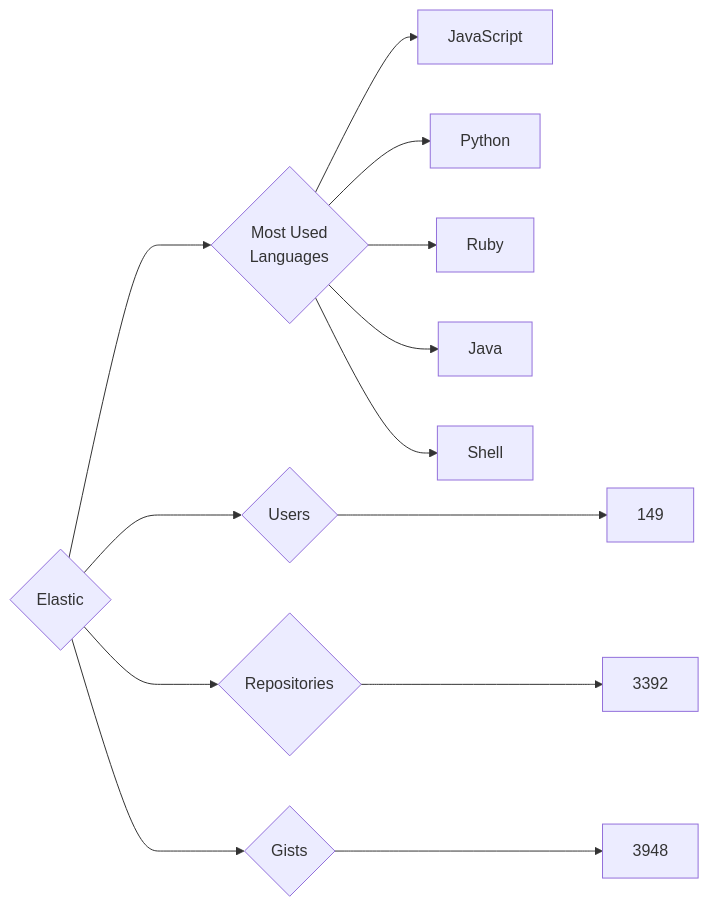
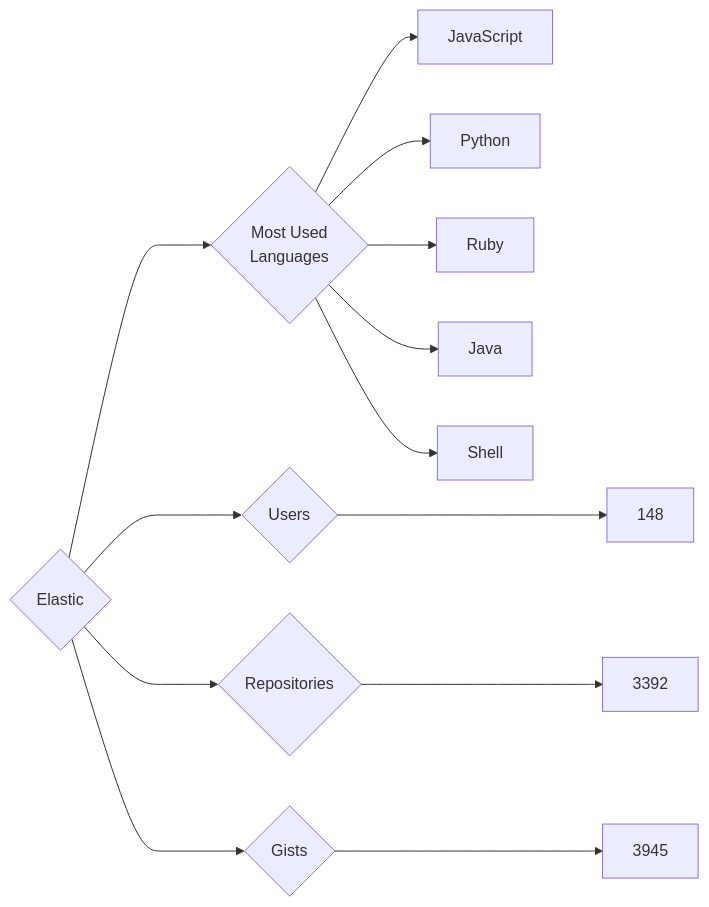
Before and after one commit to trickest/insiders: the diagram in targets/Elastic/README.md, drawn with Mermaid. The commit also changed 639 other files, not shown here.

````diff
--- a/targets/Elastic/README.md
+++ b/targets/Elastic/README.md
@@ -3,13 +3,13 @@
 ```mermaid
 graph LR
 COMPANY_NAME{Elastic}
-COMPANY_NAME ---> U{Users} ---> UN[149]
+COMPANY_NAME ---> U{Users} ---> UN[148]
 COMPANY_NAME ---> R{Repositories} ---> RN[3392]
-COMPANY_NAME ---> G{Gists} ---> GN[3948]
+COMPANY_NAME ---> G{Gists} ---> GN[3945]
 COMPANY_NAME ---> ML{Most Used<br>Languages}
 ML --> JavaScript[JavaScript]
 ML --> Python[Python]
 ML --> Ruby[Ruby]
 ML --> Java[Java]
 ML --> Shell[Shell]
 ```
````
